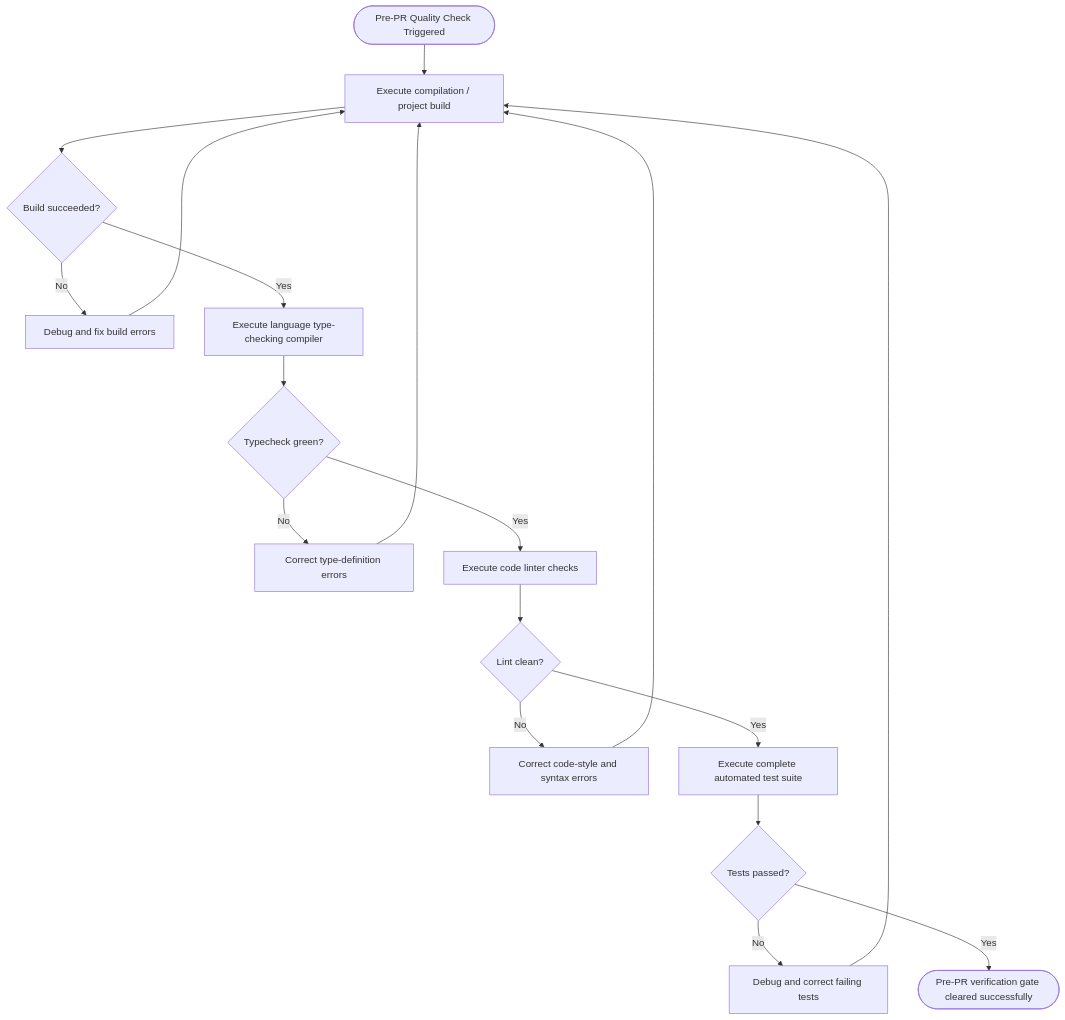
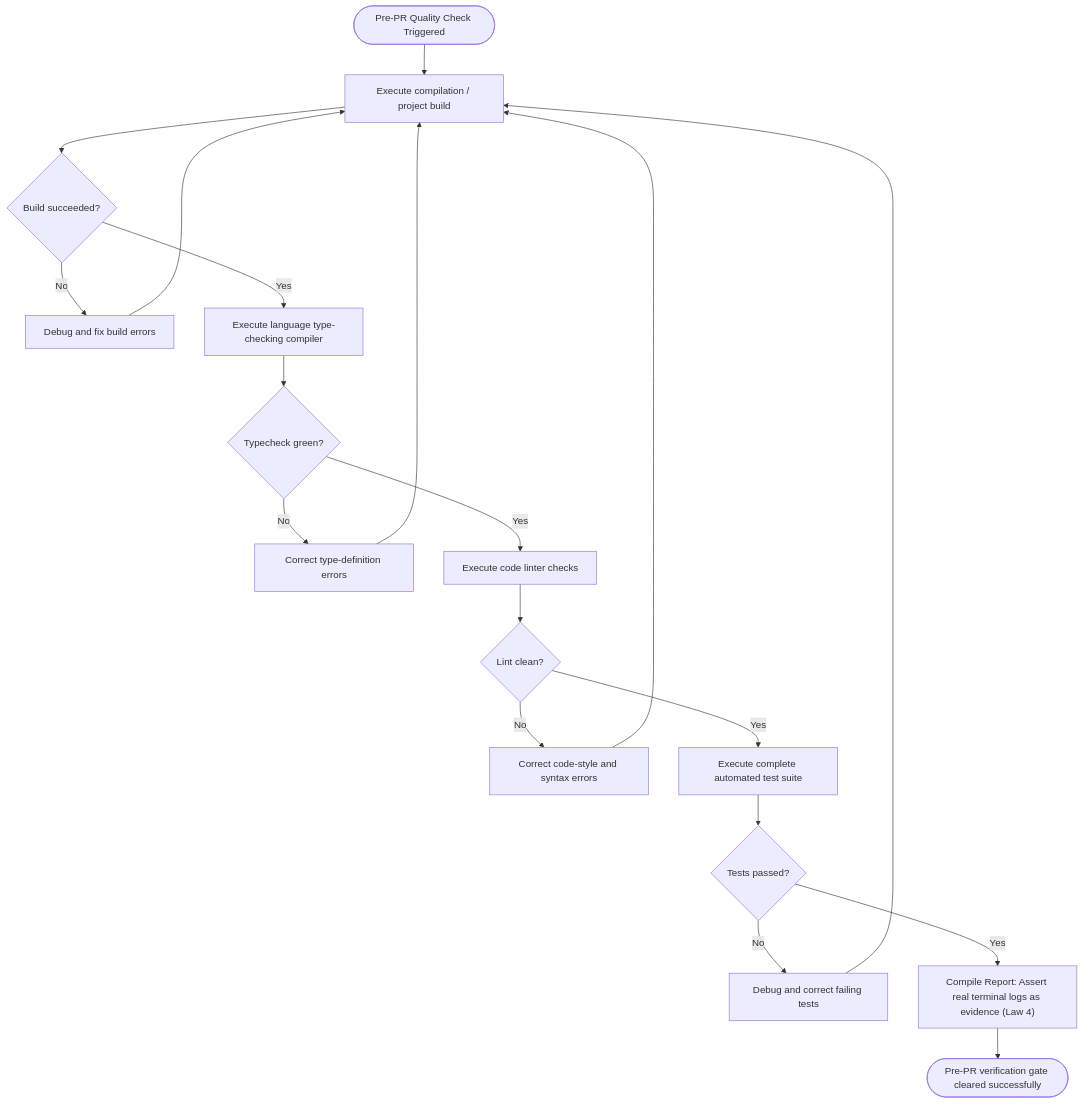
Before and after one commit to dyphn1/Harness-everything: the first of 3 diagrams in docs/workflows/verification-loop.md, drawn with Mermaid. The commit also changed 3 other files, not shown here.

Commit message:
docs(workflows): integrate decoupled cognitive laws into workflows mermaid diagrams

````diff
--- a/docs/workflows/verification-loop.md
+++ b/docs/workflows/verification-loop.md
@@ -11,17 +11,18 @@
 ```mermaid
 graph TD
   Start([Pre-PR Quality Check Triggered]) --> RunBuild["Execute compilation / project build"]
   RunBuild --> CheckBuild{Build succeeded?}
   CheckBuild -->|No| FixBuild["Debug and fix build errors"]
   CheckBuild -->|Yes| RunTypeCheck["Execute language type-checking compiler"]
   RunTypeCheck --> CheckTypes{Typecheck green?}
   CheckTypes -->|No| FixTypes["Correct type-definition errors"]
   CheckTypes -->|Yes| RunLint["Execute code linter checks"]
   RunLint --> CheckLint{Lint clean?}
   CheckLint -->|No| FixLint["Correct code-style and syntax errors"]
   CheckLint -->|Yes| RunTests["Execute complete automated test suite"]
   RunTests --> CheckTests{Tests passed?}
   CheckTests -->|No| FixTests["Debug and correct failing tests"]
-  CheckTests -->|Yes| End([Pre-PR verification gate cleared successfully])
+  CheckTests -->|Yes| GenerateReport["Compile Report: Assert real terminal logs as evidence (Law 4)"]
+  GenerateReport --> End([Pre-PR verification gate cleared successfully])
   FixBuild & FixTypes & FixLint & FixTests --> RunBuild
 ```
````
